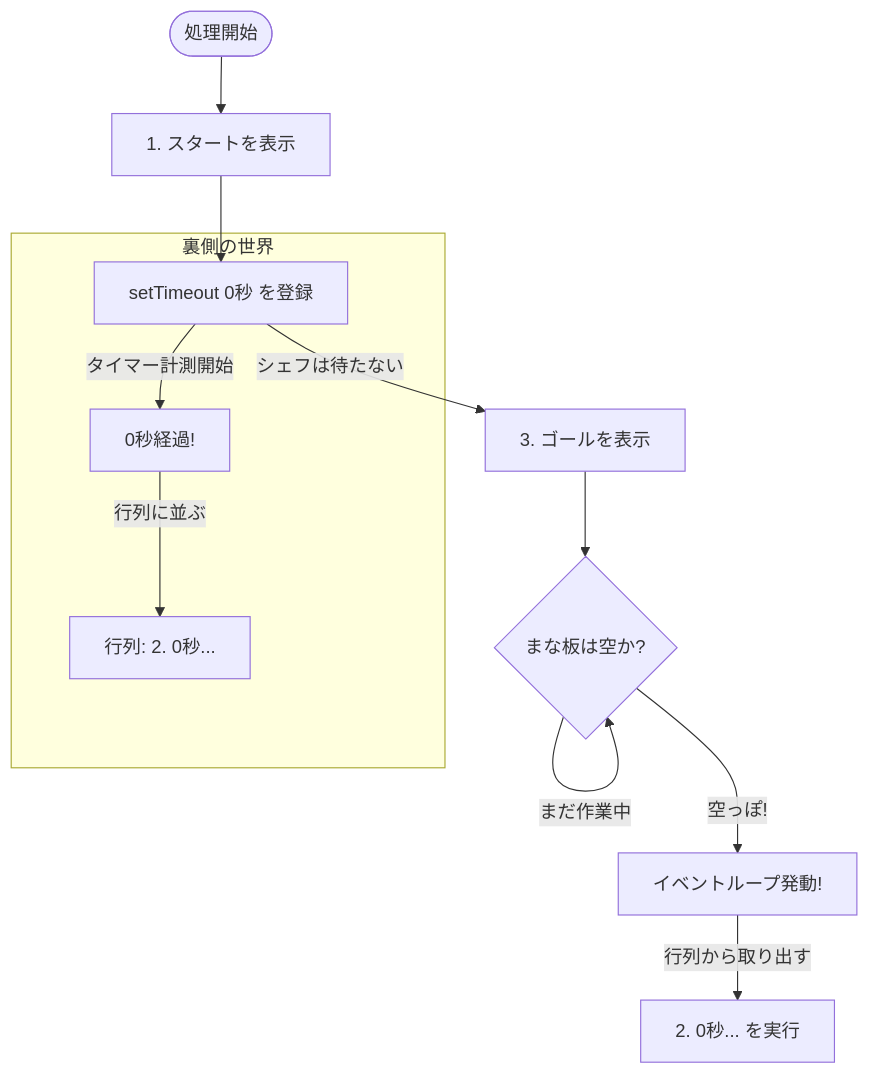
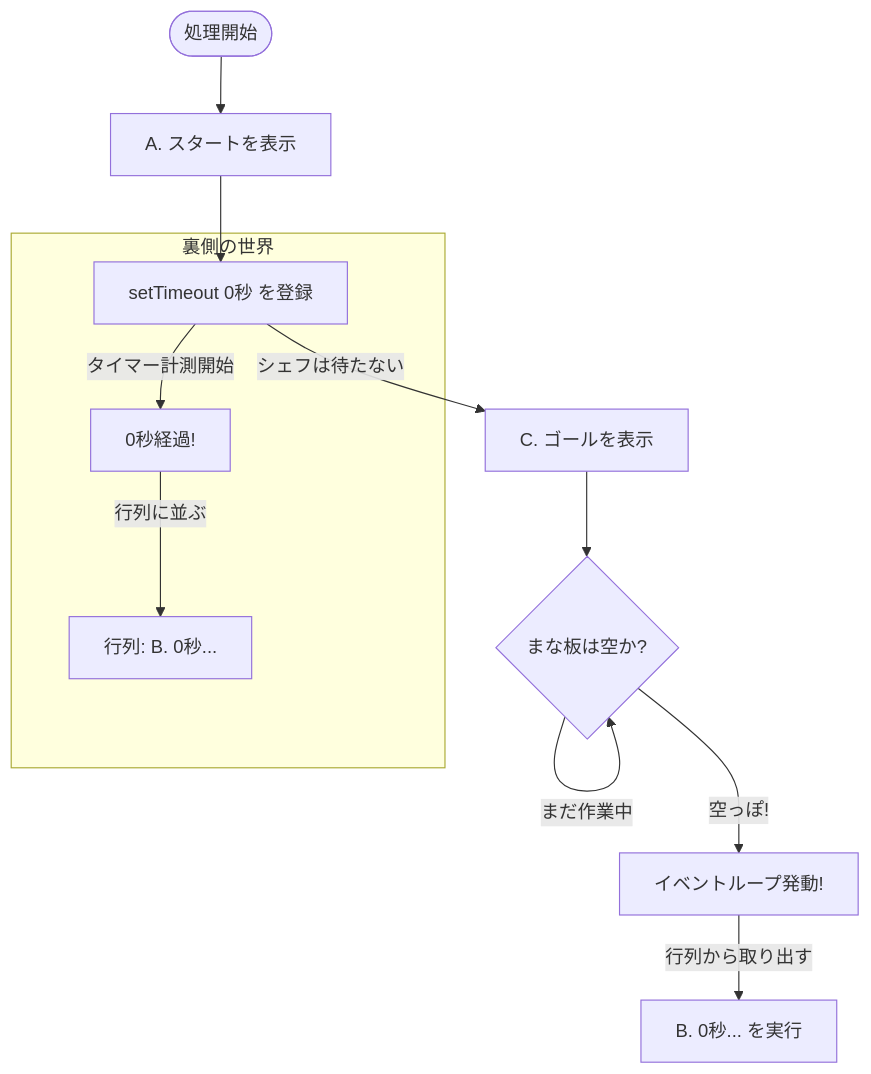
One commit to komiyamma/site_ichika_study_async_await_fetch changed the diagram in D03.md. Above: the diagram before and after it, drawn with Mermaid. The commit also changed other lines of this file, not shown here.

````diff
--- a/D03.md
+++ b/D03.md
@@ -100,19 +100,19 @@
 ```mermaid
 flowchart TD
-    Start([処理開始]) --> Step1[1. スタートを表示]
+    Start([処理開始]) --> Step1[A. スタートを表示]
     Step1 --> Step2[setTimeout 0秒 を登録]
     
     subgraph WebAPI_World [裏側の世界]
         Step2 -- タイマー計測開始 --> TimerDone[0秒経過!]
-        TimerDone -- 行列に並ぶ --> Queue[行列: 2. 0秒...]
+        TimerDone -- 行列に並ぶ --> Queue[行列: B. 0秒...]
     end
 
-    Step2 -- シェフは待たない --> Step3[3. ゴールを表示]
+    Step2 -- シェフは待たない --> Step3[C. ゴールを表示]
     
     Step3 --> Check{まな板は空か?}
     
     Check -- まだ作業中 --> Check
     Check -- 空っぽ! --> EventLoop[イベントループ発動!]
     
-    EventLoop -- 行列から取り出す --> RunQueue[2. 0秒... を実行]
+    EventLoop -- 行列から取り出す --> RunQueue[B. 0秒... を実行]
 ```
````
